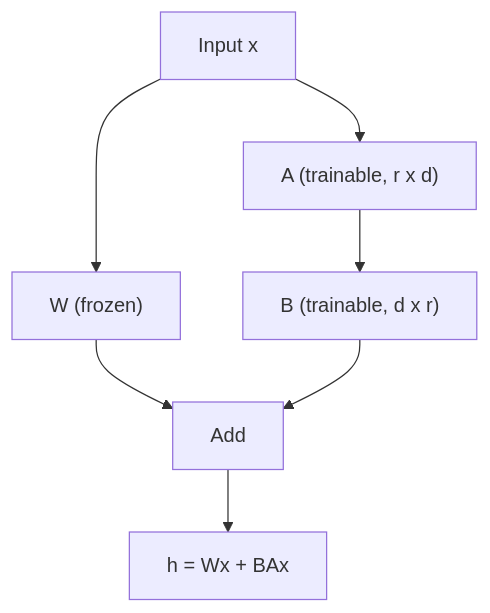
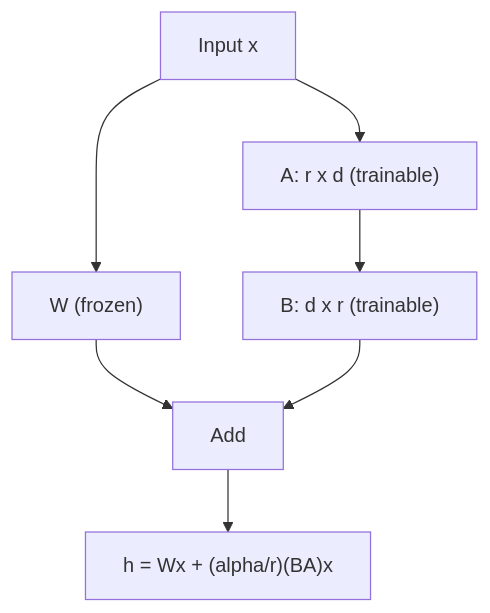
The first of 2 diagrams in notes/step-07-training-fine-tuning-and-alignment/084-lora-low-rank-adaptation-of-llms.md (kaisarnajar/outcome-school-blogs), drawn with Mermaid before and after one commit. The commit also changed other lines of this file and 233 other files, not shown here.

````diff
--- a/notes/step-07-training-fine-tuning-and-alignment/084-lora-low-rank-adaptation-of-llms.md
+++ b/notes/step-07-training-fine-tuning-and-alignment/084-lora-low-rank-adaptation-of-llms.md
@@ -40,9 +49,9 @@
 ```mermaid
 flowchart TD
-    X["Input x"] --> W["W (frozen)"]
-    X --> A["A (trainable, r x d)"]
-    A --> B["B (trainable, d x r)"]
-    W --> S["Add"]
-    B --> S
-    S --> H["h = Wx + BAx"]
+X1["Input x"] --> W1["W (frozen)"]
+X1 --> A1["A: r x d (trainable)"]
+A1 --> B1["B: d x r (trainable)"]
+W1 --> S1["Add"]
+B1 --> S1
+S1 --> H1["h = Wx + (alpha/r)(BA)x"]
 ```
````
